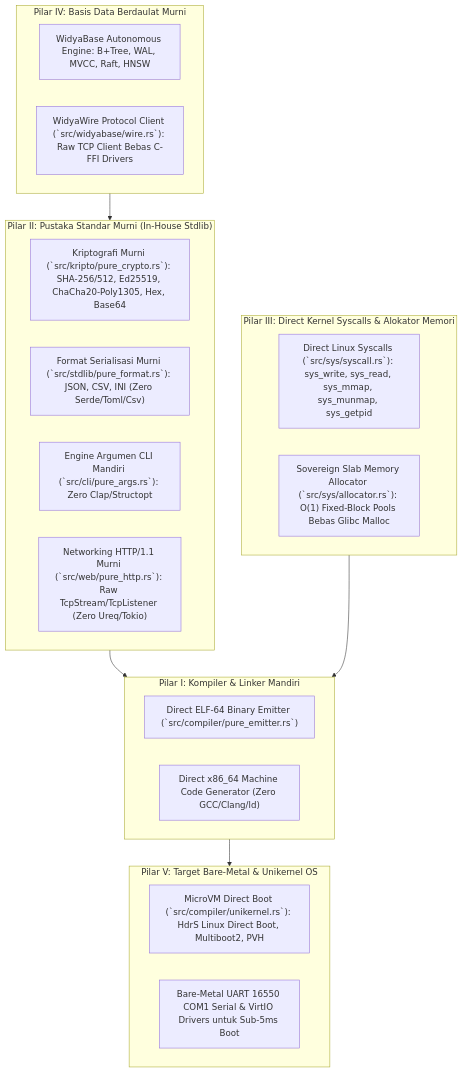
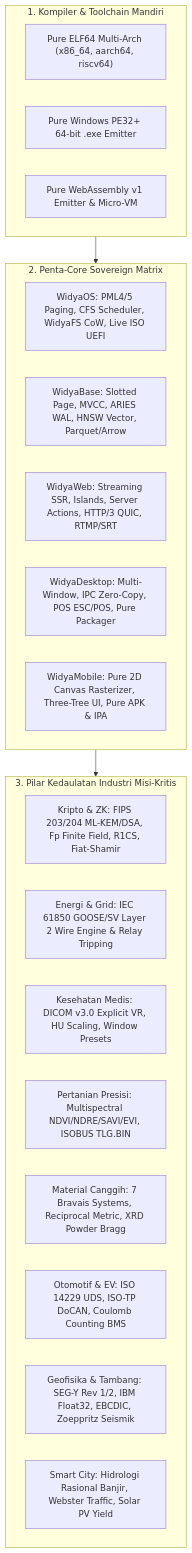
Before and after one commit to widya-lang/widya-lang: the diagram in DOKUMENTASI_PILAR_KEMANDIRIAN.md, drawn with Mermaid. The commit also changed other lines of this file and 18 other files, not shown here.

````diff
--- a/DOKUMENTASI_PILAR_KEMANDIRIAN.md
+++ b/DOKUMENTASI_PILAR_KEMANDIRIAN.md
@@ -13,34 +15,30 @@
 ```mermaid
 flowchart TD
-    subgraph Pilar_1["Pilar I: Kompiler & Linker Mandiri"]
-        P1_1["Direct ELF-64 Binary Emitter (`src/compiler/pure_emitter.rs`)"]
-        P1_2["Direct x86_64 Machine Code Generator (Zero GCC/Clang/ld)"]
+    subgraph Core_Engine["1. Kompiler & Toolchain Mandiri"]
+        C1["Pure ELF64 Multi-Arch (x86_64, aarch64, riscv64)"]
+        C2["Pure Windows PE32+ 64-bit .exe Emitter"]
+        C3["Pure WebAssembly v1 Emitter & Micro-VM"]
     end
 
-    subgraph Pilar_2["Pilar II: Pustaka Standar Murni (In-House Stdlib)"]
-        P2_1["Kriptografi Murni (`src/kripto/pure_crypto.rs`): SHA-256/512, Ed25519, ChaCha20-Poly1305, Hex, Base64"]
-        P2_2["Format Serialisasi Murni (`src/stdlib/pure_format.rs`): JSON, CSV, INI (Zero Serde/Toml/Csv)"]
-        P2_3["Engine Argumen CLI Mandiri (`src/cli/pure_args.rs`): Zero Clap/Structopt"]
-        P2_4["Networking HTTP/1.1 Murni (`src/web/pure_http.rs`): Raw TcpStream/TcpListener (Zero Ureq/Tokio)"]
+    subgraph Penta_Core["2. Penta-Core Sovereign Matrix"]
+        P1["WidyaOS: PML4/5 Paging, CFS Scheduler, WidyaFS CoW, Live ISO UEFI"]
+        P2["WidyaBase: Slotted Page, MVCC, ARIES WAL, HNSW Vector, Parquet/Arrow"]
+        P3["WidyaWeb: Streaming SSR, Islands, Server Actions, HTTP/3 QUIC, RTMP/SRT"]
+        P4["WidyaDesktop: Multi-Window, IPC Zero-Copy, POS ESC/POS, Pure Packager"]
+        P5["WidyaMobile: Pure 2D Canvas Rasterizer, Three-Tree UI, Pure APK & IPA"]
     end
 
-    subgraph Pilar_3["Pilar III: Direct Kernel Syscalls & Alokator Memori"]
-        P3_1["Direct Linux Syscalls (`src/sys/syscall.rs`): sys_write, sys_read, sys_mmap, sys_munmap, sys_getpid"]
-        P3_2["Sovereign Slab Memory Allocator (`src/sys/allocator.rs`): O(1) Fixed-Block Pools Bebas Glibc Malloc"]
+    subgraph Deep_Tech["3. Pilar Kedaulatan Industri Misi-Kritis"]
+        D1["Kripto & ZK: FIPS 203/204 ML-KEM/DSA, Fp Finite Field, R1CS, Fiat-Shamir"]
+        D2["Energi & Grid: IEC 61850 GOOSE/SV Layer 2 Wire Engine & Relay Tripping"]
+        D3["Kesehatan Medis: DICOM v3.0 Explicit VR, HU Scaling, Window Presets"]
+        D4["Pertanian Presisi: Multispectral NDVI/NDRE/SAVI/EVI, ISOBUS TLG.BIN"]
+        D5["Material Canggih: 7 Bravais Systems, Reciprocal Metric, XRD Powder Bragg"]
+        D6["Otomotif & EV: ISO 14229 UDS, ISO-TP DoCAN, Coulomb Counting BMS"]
+        D7["Geofisika & Tambang: SEG-Y Rev 1/2, IBM Float32, EBCDIC, Zoeppritz Seismik"]
+        D8["Smart City: Hidrologi Rasional Banjir, Webster Traffic, Solar PV Yield"]
     end
 
-    subgraph Pilar_4["Pilar IV: Basis Data Berdaulat Murni"]
-        P4_1["WidyaBase Autonomous Engine: B+Tree, WAL, MVCC, Raft, HNSW"]
-        P4_2["WidyaWire Protocol Client (`src/widyabase/wire.rs`): Raw TCP Client Bebas C-FFI Drivers"]
-    end
-
-    subgraph Pilar_5["Pilar V: Target Bare-Metal & Unikernel OS"]
-        P5_1["MicroVM Direct Boot (`src/compiler/unikernel.rs`): HdrS Linux Direct Boot, Multiboot2, PVH"]
-        P5_2["Bare-Metal UART 16550 COM1 Serial & VirtIO Drivers untuk Sub-5ms Boot"]
-    end
-
-    Pilar_2 --> Pilar_1
-    Pilar_3 --> Pilar_1
-    Pilar_4 --> Pilar_2
-    Pilar_1 --> Pilar_5
+    Core_Engine --> Penta_Core
+    Penta_Core --> Deep_Tech
 ```
````
